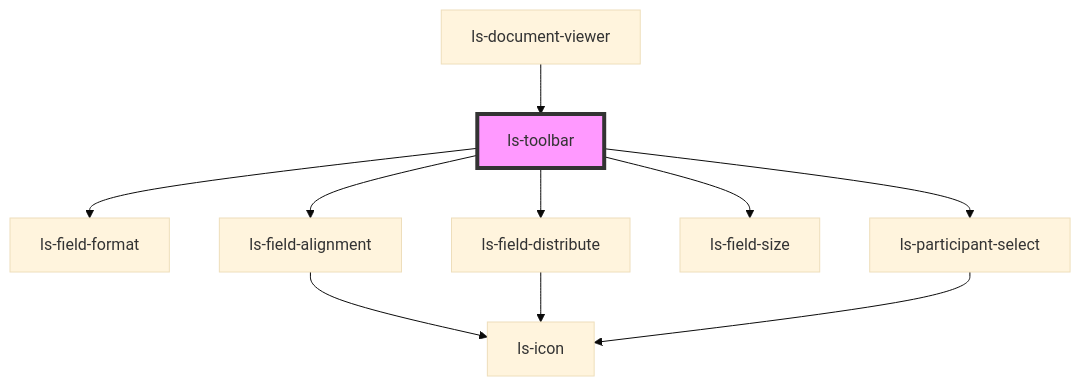
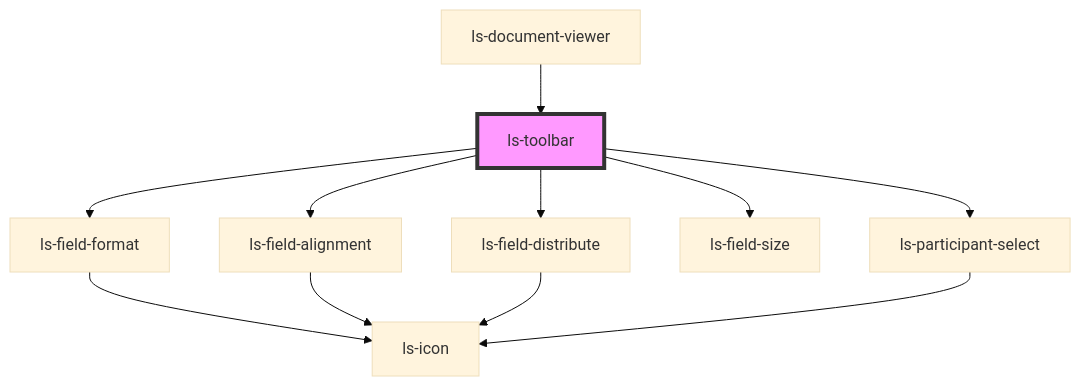
Before and after one commit to legalesign/ls-document-viewer: the diagram in src/components/ls-toolbar/readme.md, drawn with Mermaid (base theme). The commit also changed 19 other files, not shown here.

````diff
--- a/src/components/ls-toolbar/readme.md
+++ b/src/components/ls-toolbar/readme.md
@@ -40,13 +40,14 @@
 ```mermaid
 graph TD;
   ls-toolbar --> ls-field-format
   ls-toolbar --> ls-field-alignment
   ls-toolbar --> ls-field-distribute
   ls-toolbar --> ls-field-size
   ls-toolbar --> ls-participant-select
+  ls-field-format --> ls-icon
   ls-field-alignment --> ls-icon
   ls-field-distribute --> ls-icon
   ls-participant-select --> ls-icon
   ls-document-viewer --> ls-toolbar
   style ls-toolbar fill:#f9f,stroke:#333,stroke-width:4px
 ```
````
